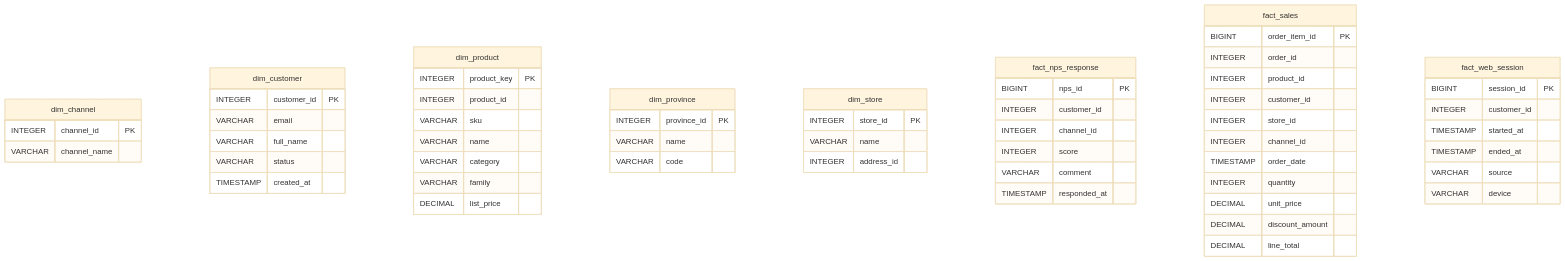
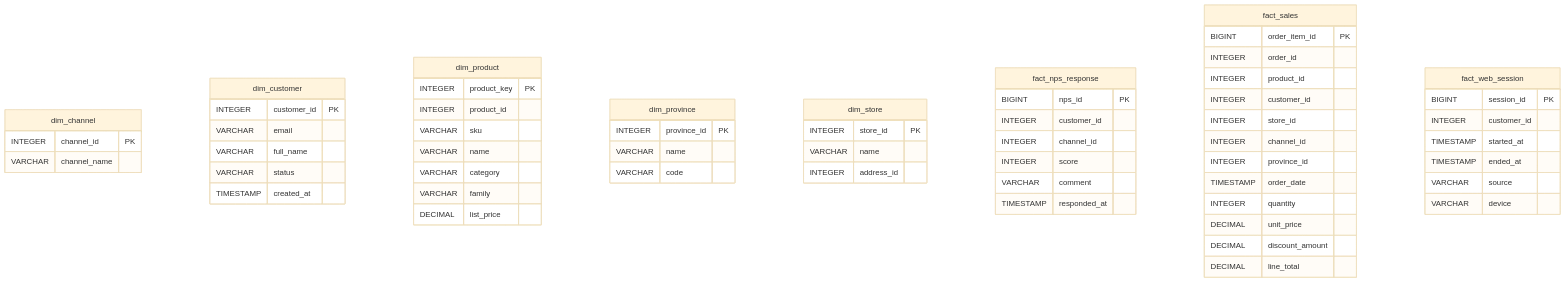
Before and after one commit to LucaGiu204/practica-imond: the diagram in dw/modelo_estrella.md, drawn with Mermaid (base theme). The commit also changed 3 other files, not shown here.

````diff
--- a/dw/modelo_estrella.md
+++ b/dw/modelo_estrella.md
@@ -5,62 +5,63 @@
 ```mermaid
 erDiagram
     dim_channel {
         INTEGER channel_id PK
         VARCHAR channel_name
     }
     dim_customer {
         INTEGER customer_id PK
         VARCHAR email
         VARCHAR full_name
         VARCHAR status
         TIMESTAMP created_at
     }
     dim_product {
         INTEGER product_key PK
         INTEGER product_id
         VARCHAR sku
         VARCHAR name
         VARCHAR category
         VARCHAR family
         DECIMAL list_price
     }
     dim_province {
         INTEGER province_id PK
         VARCHAR name
         VARCHAR code
     }
     dim_store {
         INTEGER store_id PK
         VARCHAR name
         INTEGER address_id
     }
     fact_nps_response {
         BIGINT nps_id PK
         INTEGER customer_id
         INTEGER channel_id
         INTEGER score
         VARCHAR comment
         TIMESTAMP responded_at
     }
     fact_sales {
         BIGINT order_item_id PK
         INTEGER order_id
         INTEGER product_id
         INTEGER customer_id
         INTEGER store_id
         INTEGER channel_id
+        INTEGER province_id
         TIMESTAMP order_date
         INTEGER quantity
         DECIMAL unit_price
         DECIMAL discount_amount
         DECIMAL line_total
     }
     fact_web_session {
         BIGINT session_id PK
         INTEGER customer_id
         TIMESTAMP started_at
         TIMESTAMP ended_at
         VARCHAR source
         VARCHAR device
     }
 ```
````
